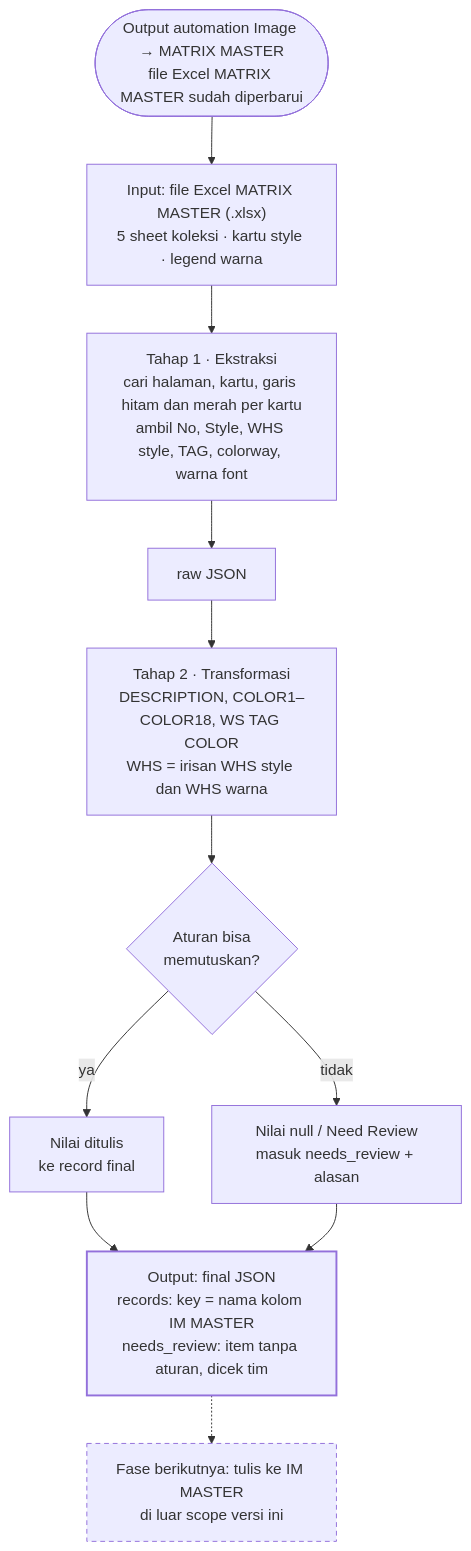
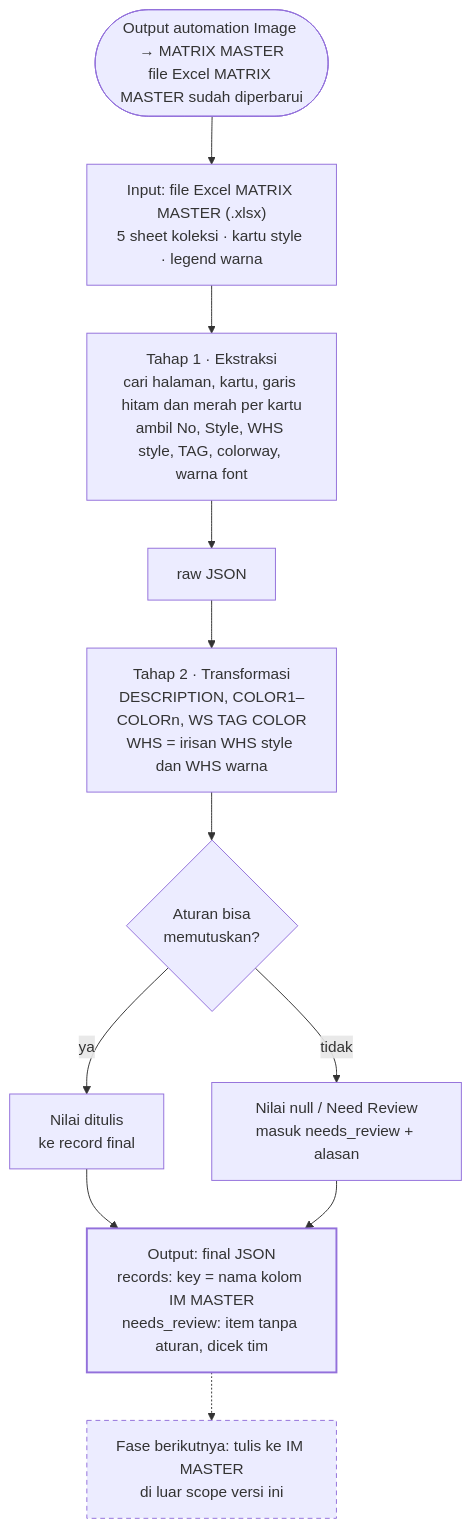
One commit to Wooden-Ships-Knits/matrix2im changed the diagram in docs/PRD_MATRIX_MASTER_to_IM_JSON.md. Above: the diagram before and after it, drawn with Mermaid. The commit also changed other lines of this file and 22 other files, not shown here.

````diff
--- a/docs/PRD_MATRIX_MASTER_to_IM_JSON.md
+++ b/docs/PRD_MATRIX_MASTER_to_IM_JSON.md
@@ -31,15 +31,15 @@
 ```mermaid
 flowchart TD
     A(["Output automation Image → MATRIX MASTER<br/>file Excel MATRIX MASTER sudah diperbarui"]) --> B["Input: file Excel MATRIX MASTER (.xlsx)<br/>5 sheet koleksi · kartu style · legend warna"]
     B --> C["Tahap 1 · Ekstraksi<br/>cari halaman, kartu, garis hitam dan merah per kartu<br/>ambil No, Style, WHS style, TAG, colorway, warna font"]
     C --> D["raw JSON"]
-    D --> E["Tahap 2 · Transformasi<br/>DESCRIPTION, COLOR1–COLOR18, WS TAG COLOR<br/>WHS = irisan WHS style dan WHS warna"]
+    D --> E["Tahap 2 · Transformasi<br/>DESCRIPTION, COLOR1–COLORn, WS TAG COLOR<br/>WHS = irisan WHS style dan WHS warna"]
     E --> F{"Aturan bisa<br/>memutuskan?"}
     F -- ya --> G["Nilai ditulis<br/>ke record final"]
     F -- tidak --> H["Nilai null / Need Review<br/>masuk needs_review + alasan"]
     G --> I["Output: final JSON<br/>records: key = nama kolom IM MASTER<br/>needs_review: item tanpa aturan, dicek tim"]
     H --> I
     I -.-> J["Fase berikutnya: tulis ke IM MASTER<br/>di luar scope versi ini"]
     style I stroke-width:2px
     style J stroke-dasharray: 5 4
 ```
````
